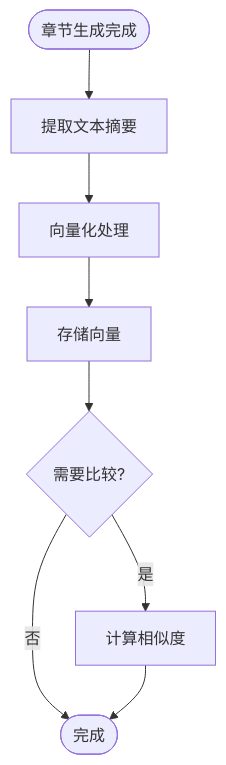
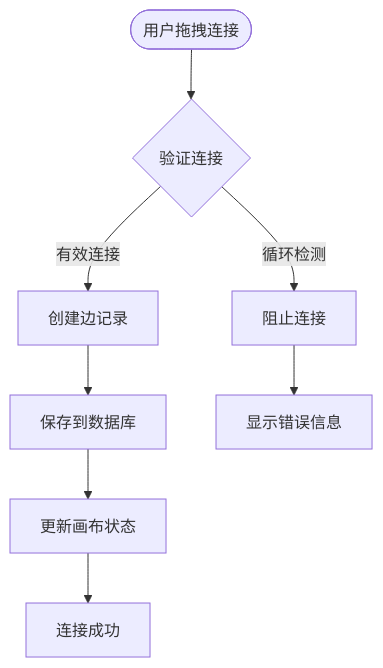
One commit to KunLabAI/KunFlix changed the seventh of 13 diagrams in .qoder/repowiki/zh/content/数据库设计/故事章节模型.md. Above: the diagram before and after it, drawn with Mermaid. The commit also changed other lines of this file and 39 other files, not shown here.

````diff
--- a/.qoder/repowiki/zh/content/数据库设计/故事章节模型.md
+++ b/.qoder/repowiki/zh/content/数据库设计/故事章节模型.md
@@ -241,10 +392,10 @@
 ```mermaid
 flowchart TD
-Start([章节生成完成]) --> Extract["提取文本摘要"]
-Extract --> Vectorize["向量化处理"]
-Vectorize --> Store["存储向量"]
-Store --> Compare{"需要比较?"}
-Compare --> |是| Similarity["计算相似度"]
-Compare --> |否| End([完成])
-Similarity --> End
+Start([用户拖拽连接]) --> Validate{验证连接}
+Validate --> |循环检测| Block[阻止连接]
+Validate --> |有效连接| Create[创建边记录]
+Create --> Save[保存到数据库]
+Save --> Update[更新画布状态]
+Update --> Success[连接成功]
+Block --> Error[显示错误信息]
 ```
````
